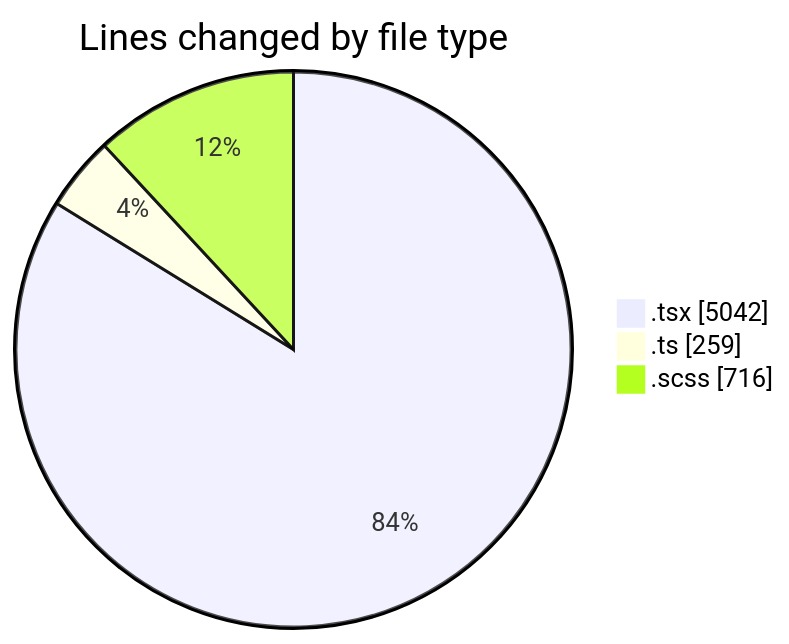
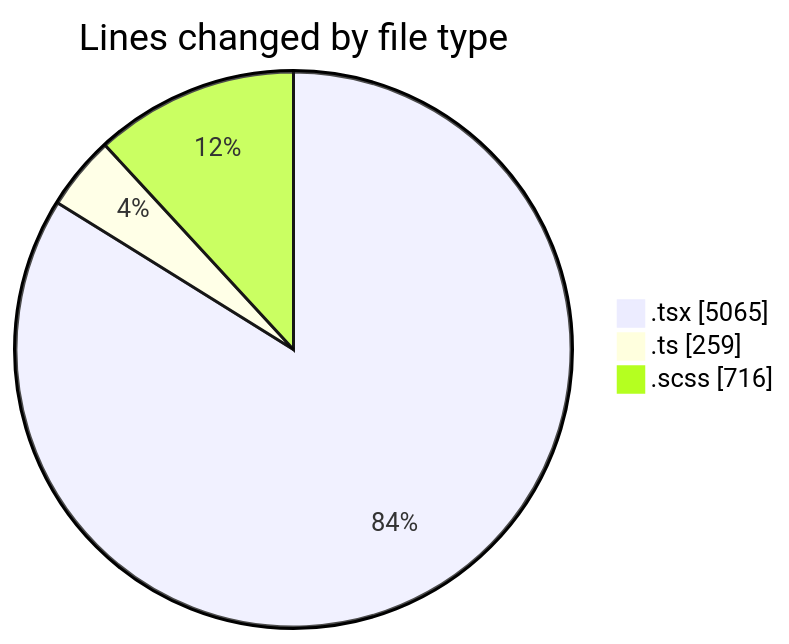
Before and after one commit to momahboobian/code-tracking: the first of 2 diagrams in 2025-09-15/cda/README.md, drawn with Mermaid. The commit also changed other lines of this file and 1 other file, not shown here.

````diff
--- a/2025-09-15/cda/README.md
+++ b/2025-09-15/cda/README.md
@@ -27,7 +27,7 @@
 ```mermaid
 pie showData
 title Lines changed by file type
-".tsx" : 5042
+".tsx" : 5065
 ".ts" : 259
 ".scss" : 716
 ```
````
